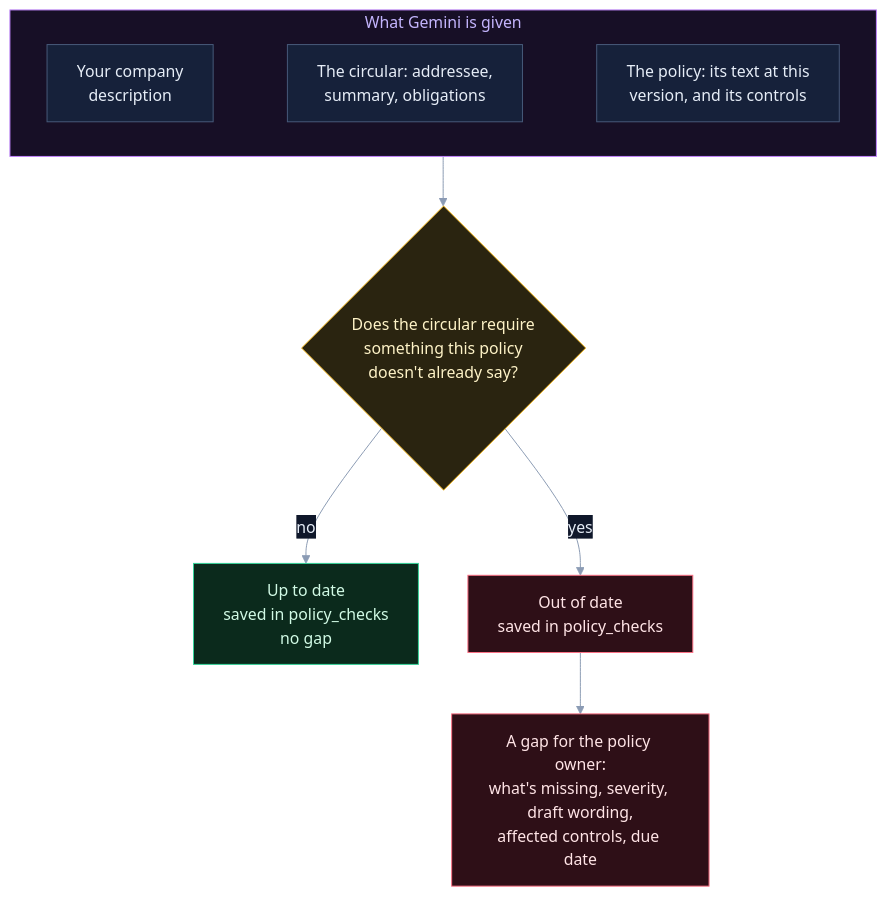
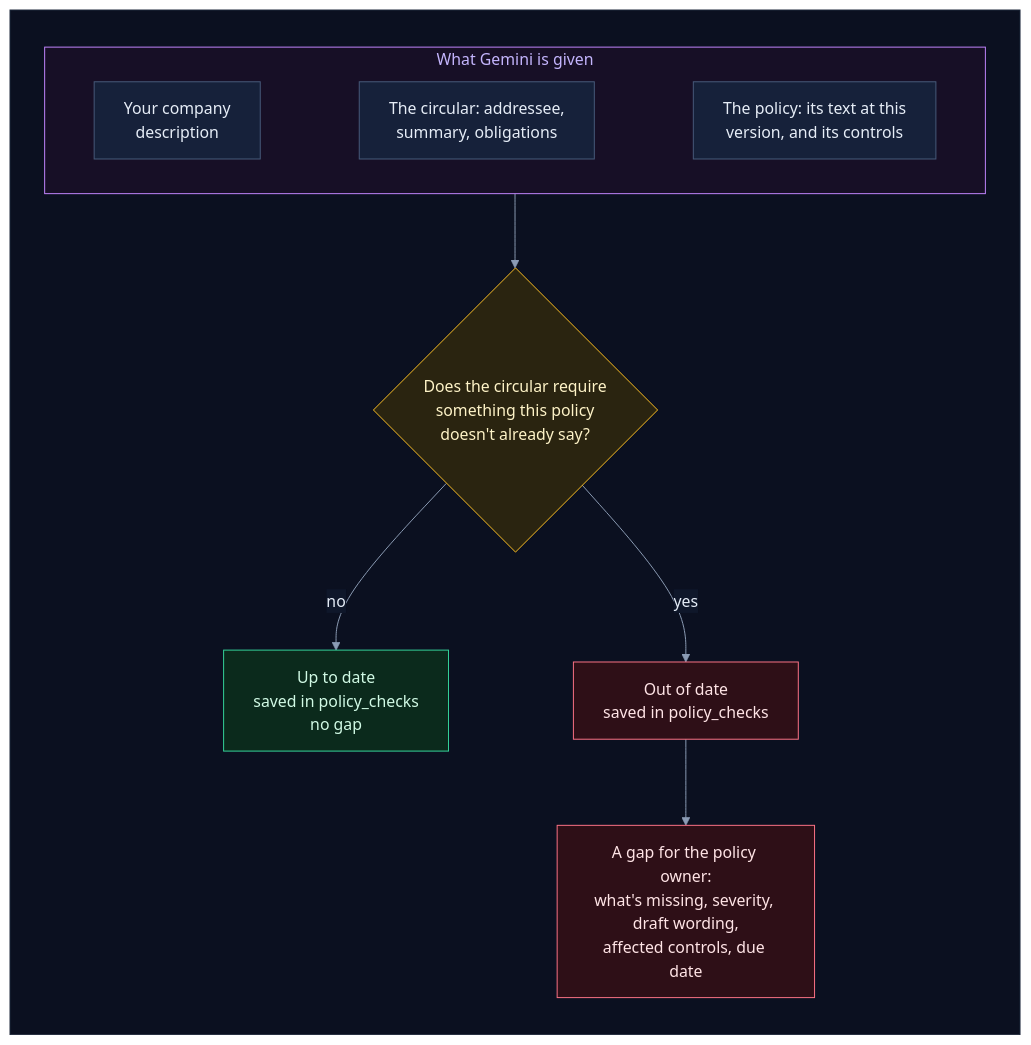
Before and after one commit to selvakumarperumal/Regulatory_Circular_Impact_Agent: diagram 12 of 21 in how_it_works.md, drawn with Mermaid. The commit also changed other lines of this file and 1 other file, not shown here.

````diff
--- a/how_it_works.md
+++ b/how_it_works.md
@@ -673,29 +716,33 @@
 ```mermaid
-%%{init: {"theme": "base", "themeVariables": {"darkMode": true, "primaryColor": "#16213a", "primaryTextColor": "#e6edf7", "primaryBorderColor": "#475a7a", "lineColor": "#8b9bb4", "secondaryColor": "#1b2436", "tertiaryColor": "#101a2e", "edgeLabelBackground": "#0f172a", "textColor": "#e2e8f0", "clusterBkg": "#0f1728", "clusterBorder": "#2b3a55", "titleColor": "#c4b5fd", "nodeTextColor": "#e6edf7"}}}%%
+%%{init: {"theme": "base", "flowchart": {"diagramPadding": 0}, "themeVariables": {"darkMode": true, "primaryColor": "#16213a", "primaryTextColor": "#e6edf7", "primaryBorderColor": "#475a7a", "lineColor": "#8b9bb4", "secondaryColor": "#1b2436", "tertiaryColor": "#101a2e", "edgeLabelBackground": "#0f172a", "textColor": "#e2e8f0", "clusterBkg": "#0f1728", "clusterBorder": "#2b3a55", "titleColor": "#c4b5fd", "nodeTextColor": "#e6edf7"}}}%%
 flowchart TD
-    subgraph input["What Gemini is given"]
-        direction LR
-        co["Your company<br/>description"]
-        ci["The circular: addressee,<br/>summary, obligations"]
-        po["The policy: its text at this<br/>version, and its controls"]
-        co ~~~ ci ~~~ po
+    subgraph canvas[" "]
+        direction TB
+        subgraph input["What Gemini is given"]
+            direction LR
+            co["Your company<br/>description"]
+            ci["The circular: addressee,<br/>summary, obligations"]
+            po["The policy: its text at this<br/>version, and its controls"]
+            co ~~~ ci ~~~ po
+        end
+        input --> q{"Does the circular require<br/>something this policy<br/>doesn't already say?"}
+        q -->|no| ok["Up to date<br/>saved in policy_checks<br/>no gap"]
+        q -->|yes| bad["Out of date<br/>saved in policy_checks"]
+        bad --> gap["A gap for the policy owner:<br/>what's missing, severity, draft wording,<br/>affected controls, due date"]
     end
-    input --> q{"Does the circular require<br/>something this policy<br/>doesn't already say?"}
-    q -->|no| ok["Up to date<br/>saved in policy_checks<br/>no gap"]
-    q -->|yes| bad["Out of date<br/>saved in policy_checks"]
-    bad --> gap["A gap for the policy owner:<br/>what's missing, severity, draft wording,<br/>affected controls, due date"]
 
     classDef svc fill:#0e2a2c,stroke:#2dd4bf,color:#ccfbf1
     classDef data fill:#1c1a47,stroke:#818cf8,color:#e0e7ff
     classDef ext fill:#2a1640,stroke:#c084fc,color:#f3e8ff
     classDef gpu fill:#2d1b0c,stroke:#fb923c,color:#ffedd5
     classDef ask fill:#2a2410,stroke:#fbbf24,color:#fef3c7
     classDef ok fill:#0b2a1c,stroke:#34d399,color:#d1fae5
     classDef bad fill:#2e0f17,stroke:#fb7185,color:#ffe4e6
     classDef start fill:#1c2a0e,stroke:#a7ef6f,color:#ecfccb
     classDef muted fill:#1a2130,stroke:#64748b,color:#cbd5e1
     class q ask
     class ok ok
     class bad,gap bad
     style input fill:#170f26,stroke:#c084fc
+    style canvas fill:#0b1020,stroke:#1e293b,color:#0b1020
 ```
````
